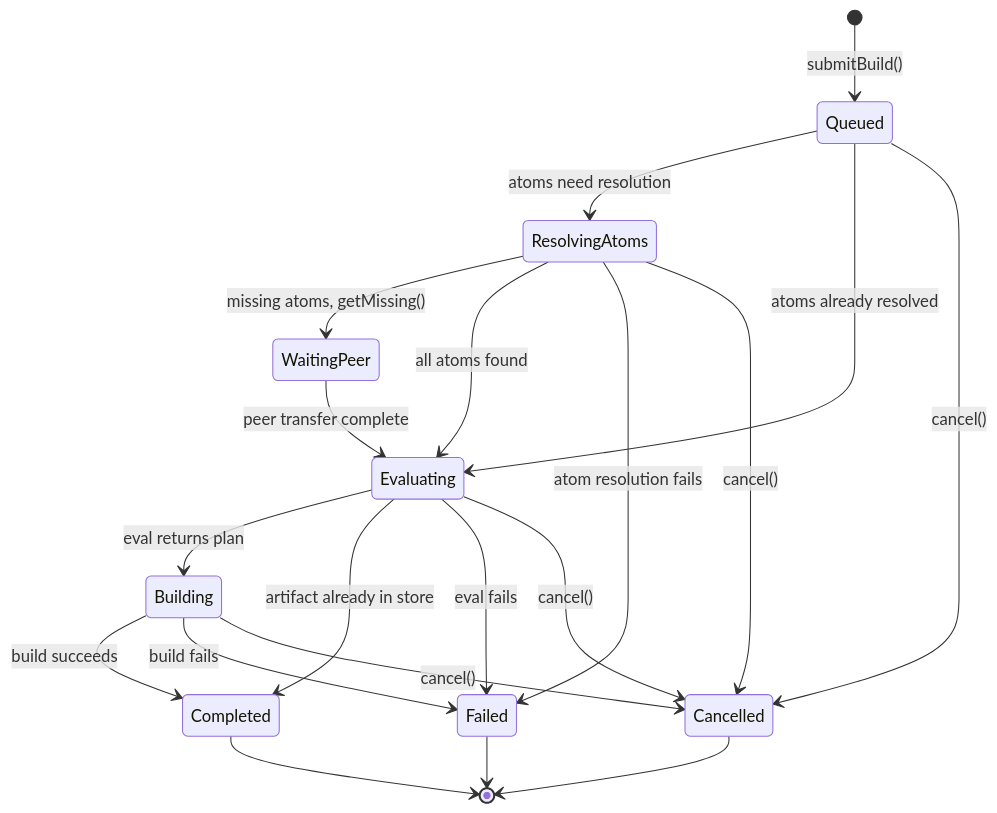
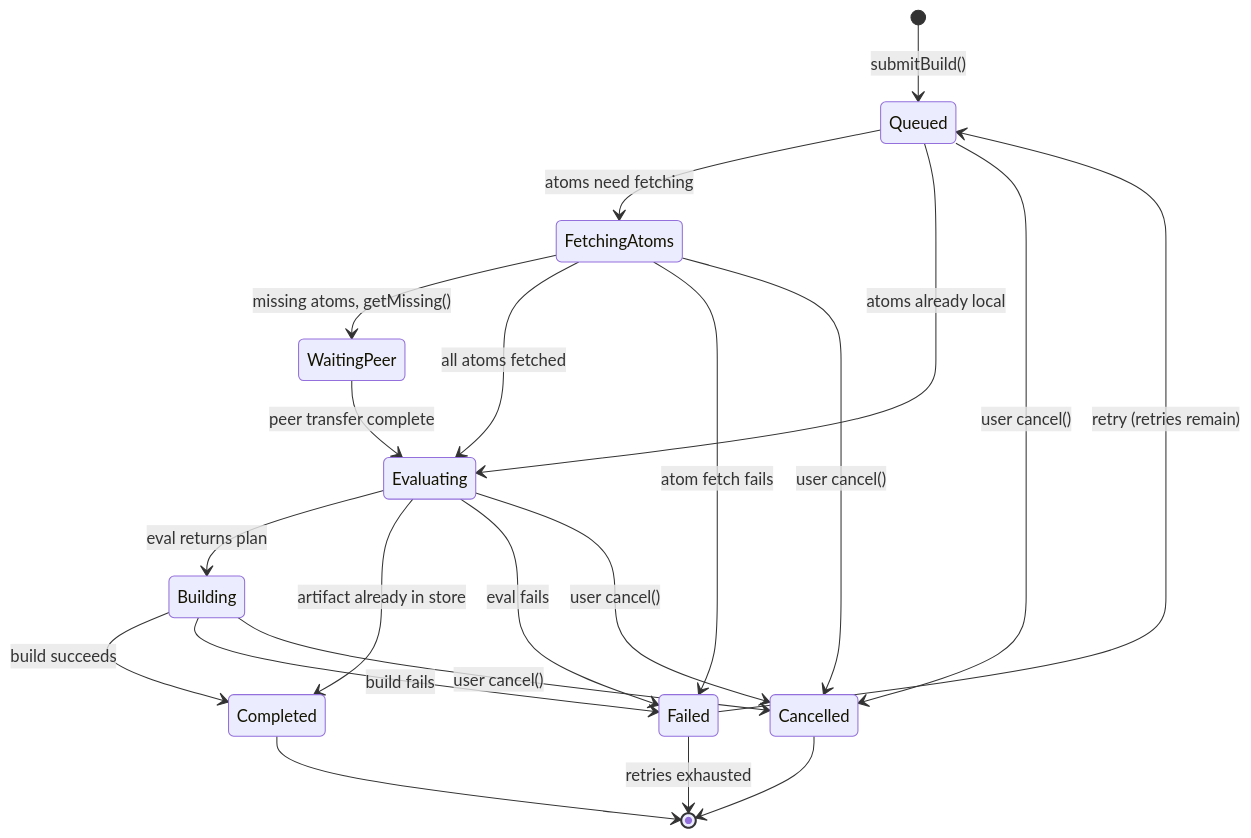
Before and after one commit to axiosoph/axios: the ninth of 10 diagrams in docs/architecture/eos-sad.md, drawn with Mermaid. The commit also changed other lines of this file, not shown here.

````diff
--- a/docs/architecture/eos-sad.md
+++ b/docs/architecture/eos-sad.md
@@ -518,22 +533,23 @@
 ```mermaid
 stateDiagram-v2
     [*] --> Queued: submitBuild()
-    Queued --> ResolvingAtoms: atoms need resolution
-    Queued --> Evaluating: atoms already resolved
-    ResolvingAtoms --> WaitingPeer: missing atoms, getMissing()
-    ResolvingAtoms --> Evaluating: all atoms found
+    Queued --> FetchingAtoms: atoms need fetching
+    Queued --> Evaluating: atoms already local
+    FetchingAtoms --> WaitingPeer: missing atoms, getMissing()
+    FetchingAtoms --> Evaluating: all atoms fetched
     WaitingPeer --> Evaluating: peer transfer complete
     Evaluating --> Building: eval returns plan
     Evaluating --> Completed: artifact already in store
     Building --> Completed: build succeeds
     Building --> Failed: build fails
     Evaluating --> Failed: eval fails
-    ResolvingAtoms --> Failed: atom resolution fails
-    Queued --> Cancelled: cancel()
-    ResolvingAtoms --> Cancelled: cancel()
-    Evaluating --> Cancelled: cancel()
-    Building --> Cancelled: cancel()
+    FetchingAtoms --> Failed: atom fetch fails
+    Queued --> Cancelled: user cancel()
+    FetchingAtoms --> Cancelled: user cancel()
+    Evaluating --> Cancelled: user cancel()
+    Building --> Cancelled: user cancel()
+    Failed --> Queued: retry (retries remain)
+    Failed --> [*]: retries exhausted
     Completed --> [*]
-    Failed --> [*]
     Cancelled --> [*]
 ```
````
